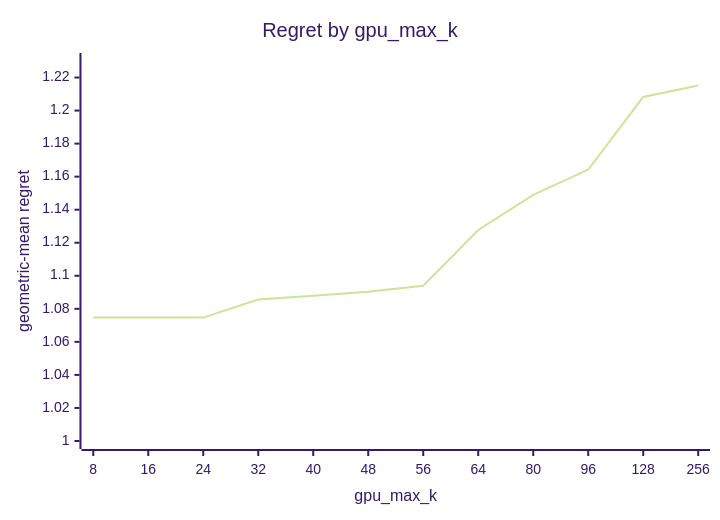
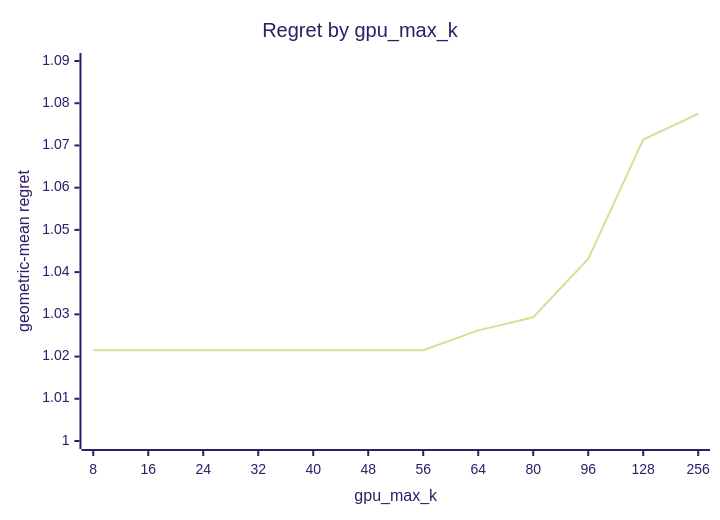
Before and after one commit to c0rmac/metal-linalg: the ninth of 9 diagrams in docs/results/apple-m5-pro-20gpu/20261009-b60ec0/svd/report.md, drawn with Mermaid (forest theme). The commit also changed other lines of this file and 35 other files, not shown here.

````diff
--- a/docs/results/apple-m5-pro-20gpu/20261009-b60ec0/svd/report.md
+++ b/docs/results/apple-m5-pro-20gpu/20261009-b60ec0/svd/report.md
@@ -286,7 +288,7 @@
 ```mermaid
 xychart-beta
     title "Regret by gpu_max_k"
     x-axis "gpu_max_k" [8, 16, 24, 32, 40, 48, 56, 64, 80, 96, 128, 256]
-    y-axis "geometric-mean regret" 1.0 --> 1.23
-    line [1.0747, 1.0747, 1.0747, 1.0856, 1.0879, 1.0904, 1.0940, 1.1277, 1.1490, 1.1643, 1.2082, 1.2152]
+    y-axis "geometric-mean regret" 1.0 --> 1.09
+    line [1.0215, 1.0215, 1.0215, 1.0215, 1.0215, 1.0215, 1.0215, 1.0262, 1.0293, 1.0431, 1.0714, 1.0775]
 ```
````
